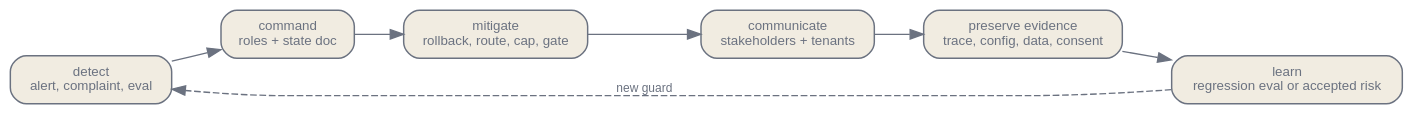
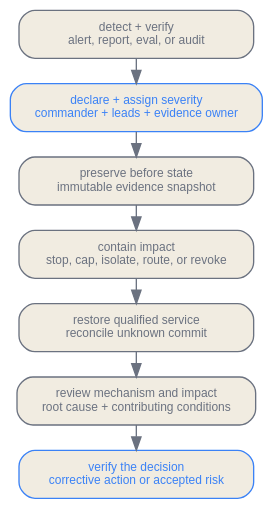
Before and after one commit to latere-ai/ai-as-an-infrastructure: the second of 2 diagrams in en/practice/13-operating-contracts.qmd, drawn with Graphviz. The commit also changed other lines of this file and 4 other files, not shown here.

````diff
--- a/en/practice/13-operating-contracts.qmd
+++ b/en/practice/13-operating-contracts.qmd
@@ -231,20 +366,21 @@
 ```{dot}
 //| label: fig-operating-incident-loop
-//| fig-cap: "An AI incident loop. The loop is closed only when the live failure becomes a regression eval, a policy change, a data-engine sample, or an explicitly accepted risk."
+//| fig-cap: "A production incident moves from verified detection through declared command, containment, restoration, review, and verified corrective action. Communication and evidence preservation continue across the lifecycle."
 digraph incident {
   bgcolor="transparent";
-  rankdir=LR;
-  node [shape=box, style="rounded,filled", fontname="Helvetica", fontsize=10, color="#6b7280", fontcolor="#6b7280", fillcolor="#f1ece1", penwidth=1.1];
-  edge [fontsize=9, fontname="Helvetica", color="#6b7280", fontcolor="#6b7280"];
+  rankdir=TB;
+  graph [nodesep=0.18, ranksep=0.26];
+  node [shape=box, style="rounded,filled", fontname="Helvetica", fontsize=9, color="#6b7280", fontcolor="#6b7280", fillcolor="#f1ece1", margin="0.09,0.06", width=2.45];
+  edge [fontsize=8, fontname="Helvetica", color="#6b7280", fontcolor="#6b7280"];
 
-  detect [label="detect\nalert, complaint, eval"];
-  command [label="command\nroles + state doc"];
-  mitigate [label="mitigate\nrollback, route, cap, gate"];
-  communicate [label="communicate\nstakeholders + tenants"];
-  evidence [label="preserve evidence\ntrace, config, data, consent"];
-  learn [label="learn\nregression eval or accepted risk"];
+  detect [label="detect + verify\nalert, report, eval, or audit"];
+  declare [label="declare + assign severity\ncommander + leads + evidence owner", color="#3b82f6", fontcolor="#3b82f6"];
+  snapshot [label="preserve before state\nimmutable evidence snapshot"];
+  contain [label="contain impact\nstop, cap, isolate, route, or revoke"];
+  restore [label="restore qualified service\nreconcile unknown commit"];
+  review [label="review mechanism and impact\nroot cause + contributing conditions"];
+  action [label="verify the decision\ncorrective action or accepted risk", color="#3b82f6", fontcolor="#3b82f6"];
 
-  detect -> command -> mitigate -> communicate -> evidence -> learn;
-  learn -> detect [style=dashed, label="new guard"];
+  detect -> declare -> snapshot -> contain -> restore -> review -> action;
 }
 ```
````
